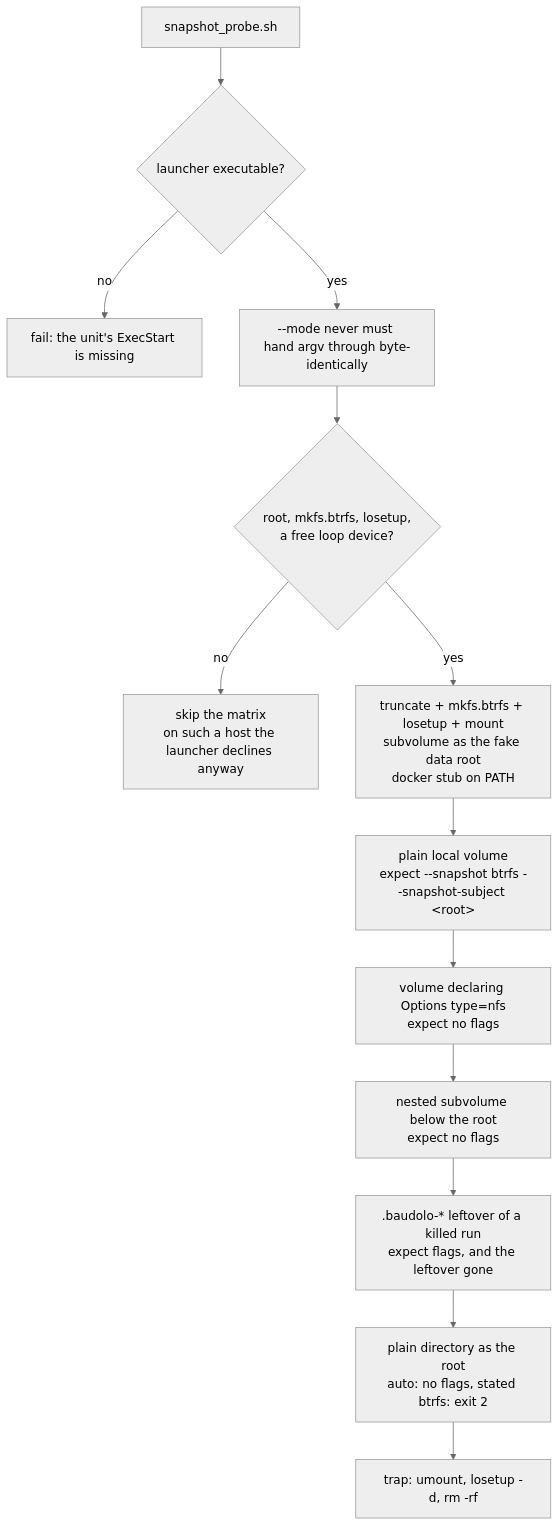
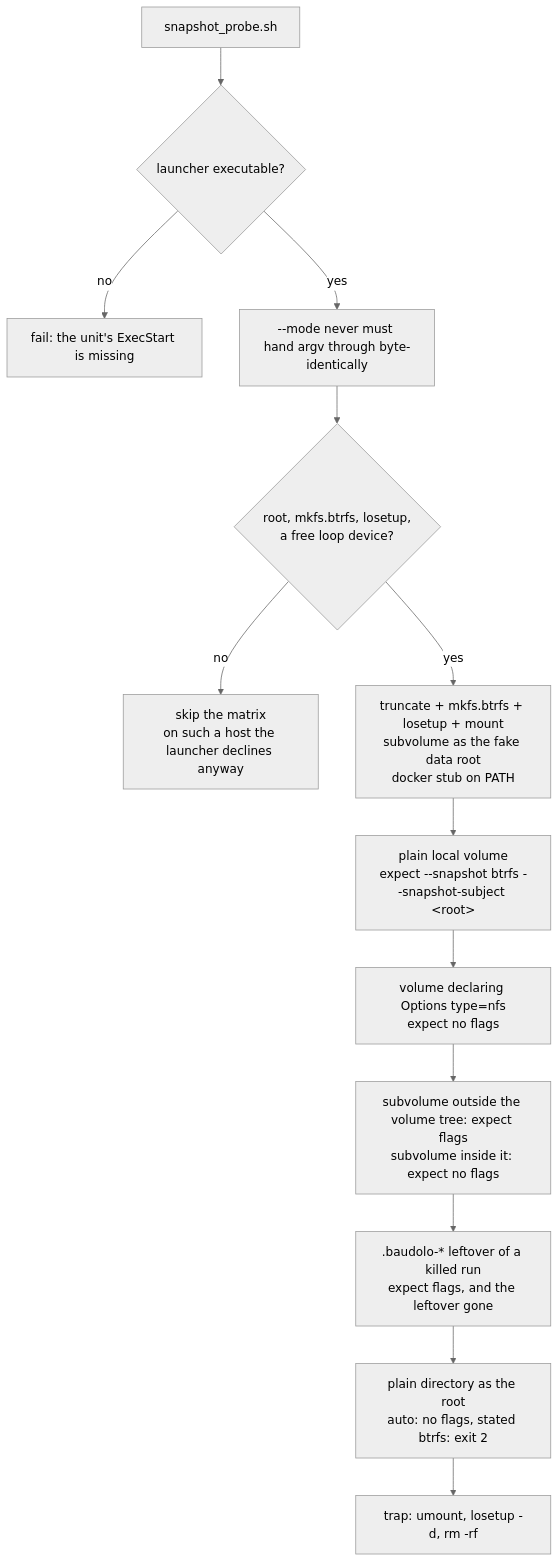
One commit to AlejandroRomanIbanez/infinito-nexus changed the second of 5 diagrams in roles/svc-bkp-volume-2-local/files/test/README.md. Above: the diagram before and after it, drawn with Mermaid (neutral theme). The commit also changed 14 other files, not shown here.

````diff
--- a/roles/svc-bkp-volume-2-local/files/test/README.md
+++ b/roles/svc-bkp-volume-2-local/files/test/README.md
@@ -38,15 +38,15 @@
 ```mermaid
 flowchart TD
     START["snapshot_probe.sh"] --> DEPLOYED{"launcher executable?"}
     DEPLOYED -->|no| BAD["fail: the unit's ExecStart is missing"]
     DEPLOYED -->|yes| NEVER["--mode never must hand argv through byte-identically"]
     NEVER --> TOOLS{"root, mkfs.btrfs, losetup,<br>a free loop device?"}
     TOOLS -->|no| SKIPPED["skip the matrix<br>on such a host the launcher declines anyway"]
     TOOLS -->|yes| BUILD["truncate + mkfs.btrfs + losetup + mount<br>subvolume as the fake data root<br>docker stub on PATH"]
     BUILD --> M1["plain local volume<br>expect --snapshot btrfs --snapshot-subject &lt;root&gt;"]
     M1 --> M2["volume declaring Options type=nfs<br>expect no flags"]
-    M2 --> M3["nested subvolume below the root<br>expect no flags"]
+    M2 --> M3["subvolume outside the volume tree: expect flags<br>subvolume inside it: expect no flags"]
     M3 --> M4[".baudolo-* leftover of a killed run<br>expect flags, and the leftover gone"]
     M4 --> M5["plain directory as the root<br>auto: no flags, stated btrfs: exit 2"]
     M5 --> CLEAN["trap: umount, losetup -d, rm -rf"]
 ```
````
